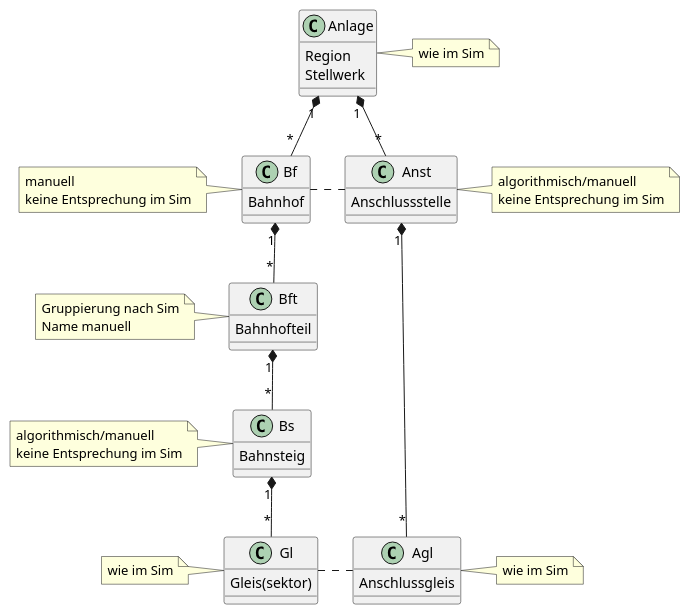
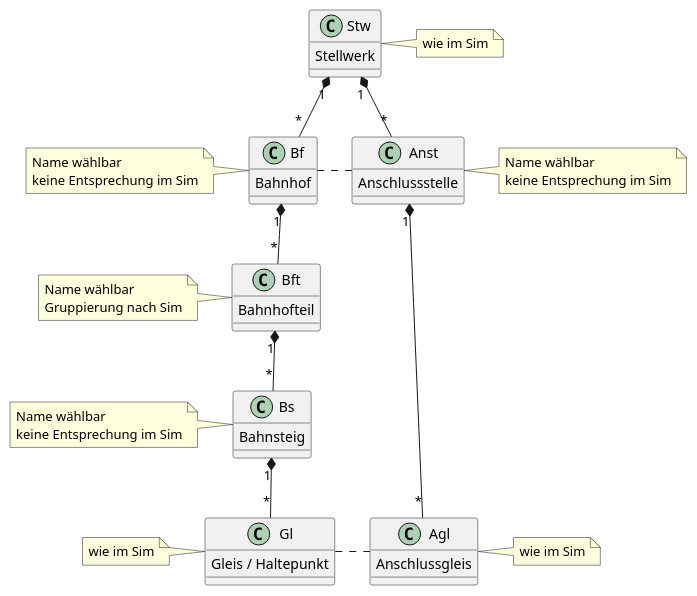
One commit to topological-state/stskit changed the diagram in docs/bahnhofgraph.puml. Above: the diagram before and after it, drawn with PlantUML. The commit also changed 1 other file, not shown here.

Commit message:
Anlageknoten hat nun Typ 'Stw'

```diff
--- a/docs/bahnhofgraph.puml
+++ b/docs/bahnhofgraph.puml
@@ -1,53 +1,52 @@
 @startuml
 'https://plantuml.com/object-diagram
 
-class Anlage {
-    Region
+class Stw {
     Stellwerk
 }
 
 class Bf {
     Bahnhof
 }
 
 class Bft {
     Bahnhofteil
 }
 
 class Bs {
     Bahnsteig
 }
 
 class Gl {
-    {field} Gleis(sektor)
+    {field} Gleis / Haltepunkt
 }
 
 class Agl {
     Anschlussgleis
 }
 
 class Anst {
     Anschlussstelle
 }
 
-note right of Anlage : wie im Sim
-note left of Bf : manuell\nkeine Entsprechung im Sim
-note left of Bft : Gruppierung nach Sim\nName manuell
-note left of Bs : algorithmisch/manuell\nkeine Entsprechung im Sim
+note right of Stw : wie im Sim
+note left of Bf : Name wählbar\nkeine Entsprechung im Sim
+note left of Bft : Name wählbar\nGruppierung nach Sim
+note left of Bs : Name wählbar\nkeine Entsprechung im Sim
 note left of Gl : wie im Sim
 
-note right of Anst : algorithmisch/manuell\nkeine Entsprechung im Sim
+note right of Anst : Name wählbar\nkeine Entsprechung im Sim
 note right of Agl : wie im Sim
 
-Anlage "1" *-- "*" Bf
+Stw "1" *-- "*" Bf
 Bf "1" *-- "*" Bft
 Bft "1" *-- "*" Bs
 Bs "1" *-- "*" Gl
 
-Anlage "1" *-- "*" Anst
+Stw "1" *-- "*" Anst
 Anst "1" *-- "*" Agl
 
 Bf . Anst
 Gl . Agl
 
 @enduml
```
